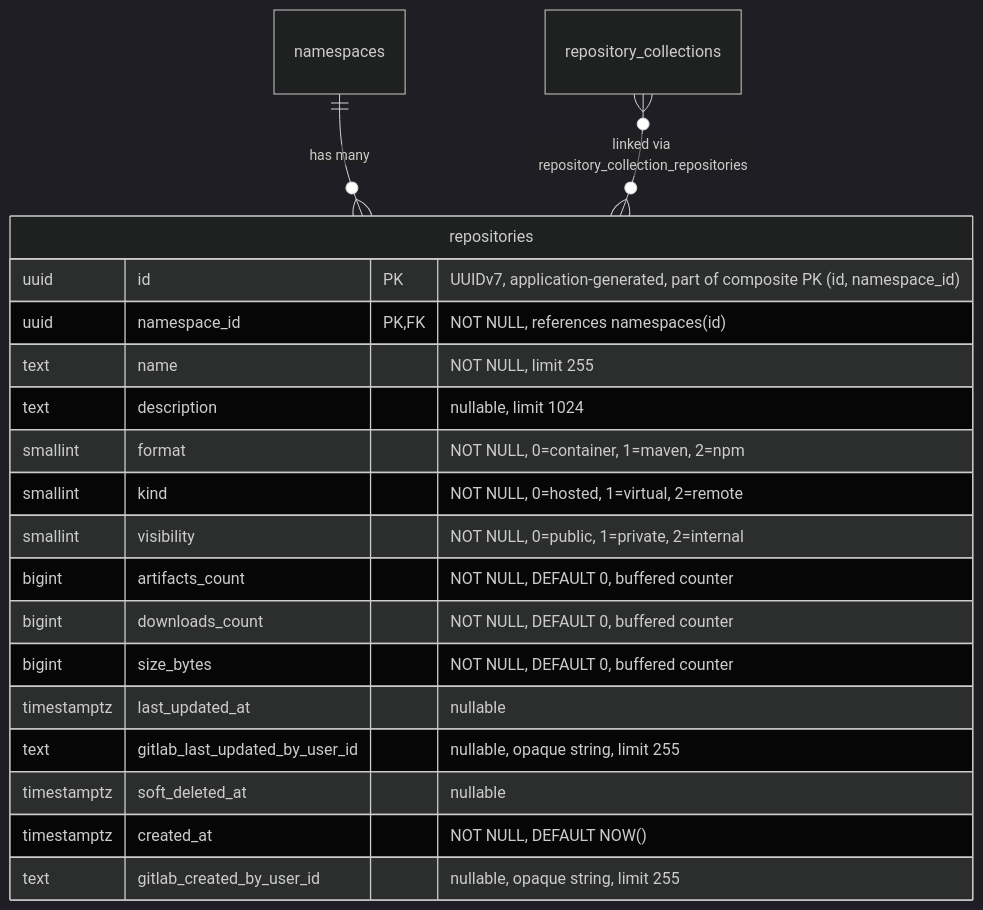
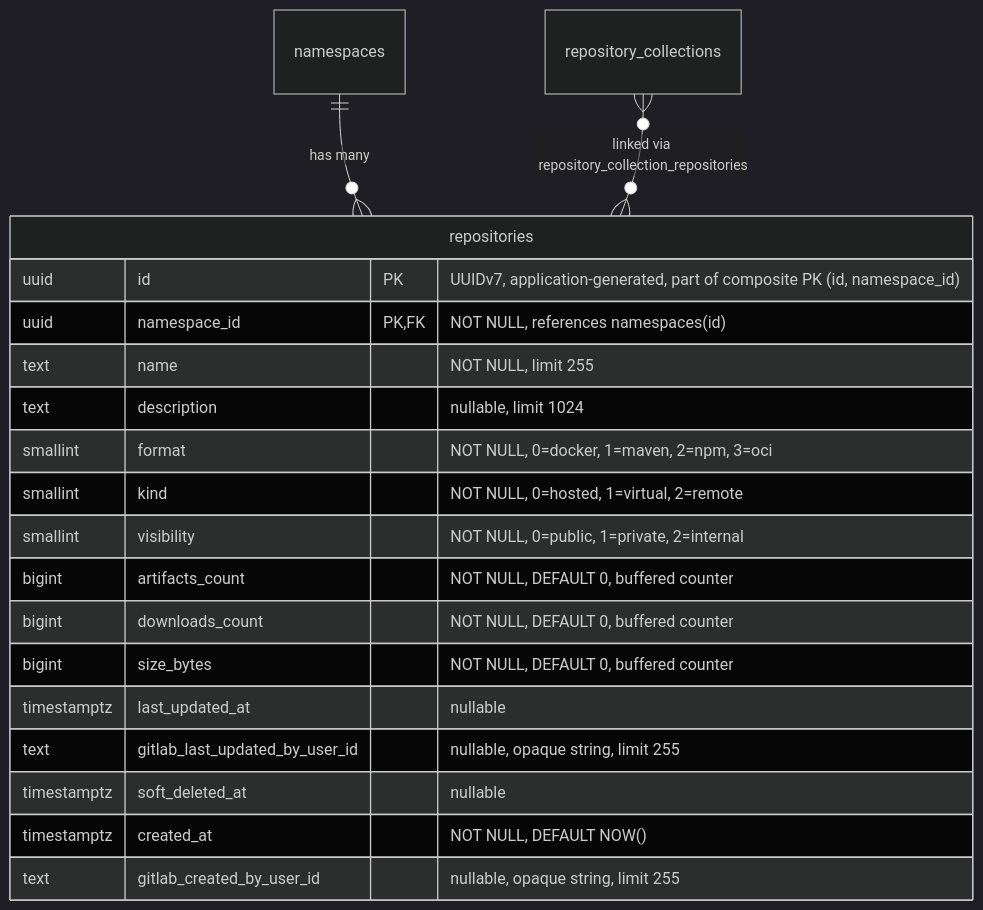
Before and after one commit to kyama0/gitlab-handbook-ja: the third of 19 diagrams in content/handbook/engineering/architecture/design-documents/artifact_registry/decisions/007_database_schema.md, drawn with Mermaid (dark theme). The commit also changed other lines of this file and 13 other files, not shown here.

````diff
--- a/content/handbook/engineering/architecture/design-documents/artifact_registry/decisions/007_database_schema.md
+++ b/content/handbook/engineering/architecture/design-documents/artifact_registry/decisions/007_database_schema.md
@@ -149,23 +149,23 @@
 ```mermaid
 erDiagram
     namespaces ||--o{ repositories : "has many"
     repository_collections }o--o{ repositories : "linked via repository_collection_repositories"
 
     repositories {
         uuid id PK "UUIDv7, application-generated, part of composite PK (id, namespace_id)"
         uuid namespace_id PK,FK "NOT NULL, references namespaces(id)"
         text name "NOT NULL, limit 255"
         text description "nullable, limit 1024"
-        smallint format "NOT NULL, 0=container, 1=maven, 2=npm"
+        smallint format "NOT NULL, 0=docker, 1=maven, 2=npm, 3=oci"
         smallint kind "NOT NULL, 0=hosted, 1=virtual, 2=remote"
         smallint visibility "NOT NULL, 0=public, 1=private, 2=internal"
         bigint artifacts_count "NOT NULL, DEFAULT 0, buffered counter"
         bigint downloads_count "NOT NULL, DEFAULT 0, buffered counter"
         bigint size_bytes "NOT NULL, DEFAULT 0, buffered counter"
         timestamptz last_updated_at "nullable"
         text gitlab_last_updated_by_user_id "nullable, opaque string, limit 255"
         timestamptz soft_deleted_at "nullable"
         timestamptz created_at "NOT NULL, DEFAULT NOW()"
         text gitlab_created_by_user_id "nullable, opaque string, limit 255"
     }
 ```
````
